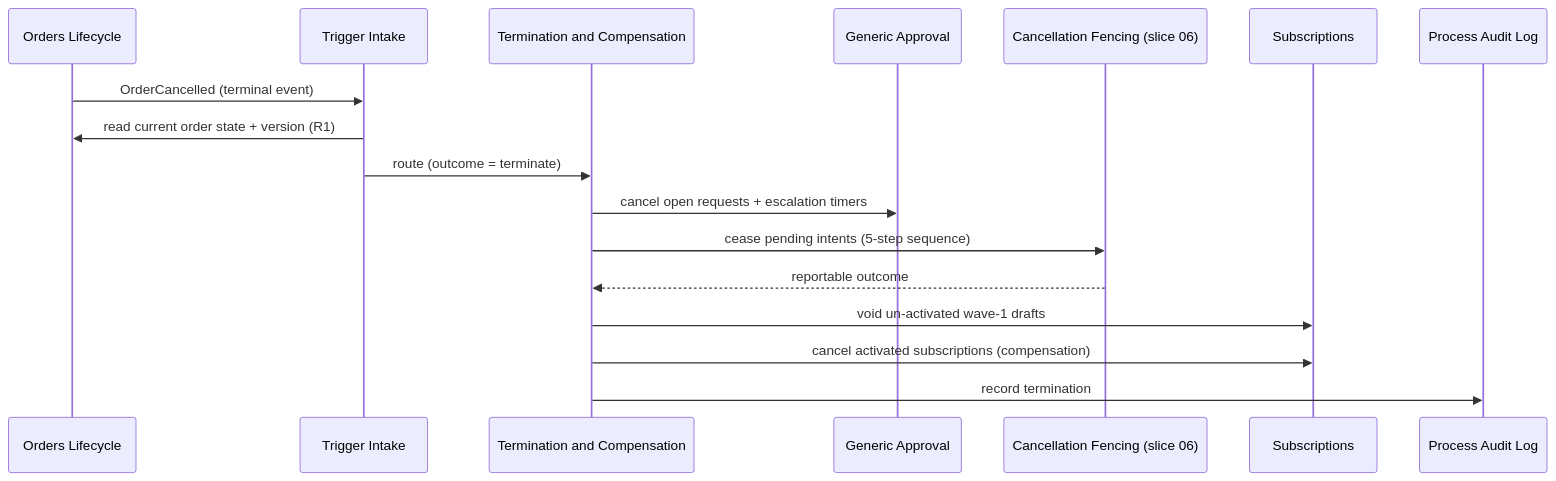
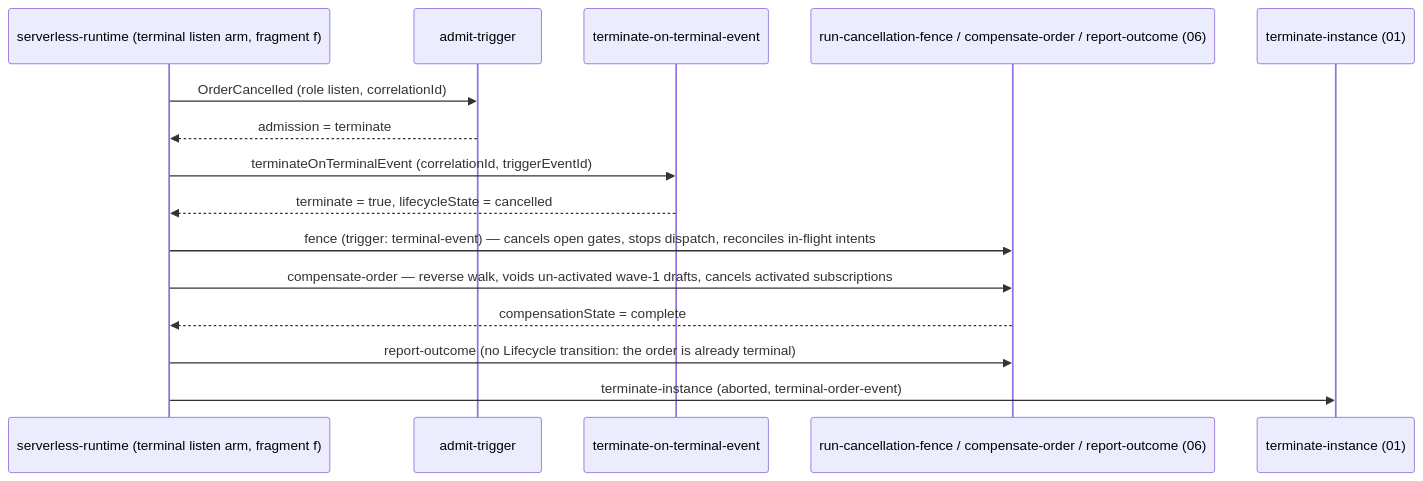
The fourth of 5 diagrams in gears/bss/orders-workflow/docs/design/02-triggers-and-start.md (constructorfabric/gears-rust), drawn with Mermaid before and after one commit. The commit also changed other lines of this file, not shown here.

Commit message:
docs(bss/orders-workflow): slice 02 provides step operations and a definition fragment (admit-trigger and terminate-on-terminal-event; intake transport to the platform event trigger; supersession as unwind-then-start)

````diff
--- a/gears/bss/orders-workflow/docs/design/02-triggers-and-start.md
+++ b/gears/bss/orders-workflow/docs/design/02-triggers-and-start.md
@@ -578,12 +694,17 @@
 ```mermaid
 sequenceDiagram
-    Orders Lifecycle ->> Trigger Intake: OrderCancelled (terminal event)
-    Trigger Intake ->> Orders Lifecycle: read current order state + version (R1)
-    Trigger Intake ->> Termination and Compensation: route (outcome = terminate)
-    Termination and Compensation ->> Generic Approval: cancel open requests + escalation timers
-    Termination and Compensation ->> Cancellation Fencing (slice 06): cease pending intents (5-step sequence)
-    Cancellation Fencing (slice 06) -->> Termination and Compensation: reportable outcome
-    Termination and Compensation ->> Subscriptions: void un-activated wave-1 drafts
-    Termination and Compensation ->> Subscriptions: cancel activated subscriptions (compensation)
-    Termination and Compensation ->> Process Audit Log: record termination
+    participant PL as serverless-runtime (terminal listen arm, fragment f)
+    participant AT as admit-trigger
+    participant TT as terminate-on-terminal-event
+    participant S6 as run-cancellation-fence / compensate-order / report-outcome (06)
+    participant TI as terminate-instance (01)
+    PL ->> AT: OrderCancelled (role listen, correlationId)
+    AT -->> PL: admission = terminate
+    PL ->> TT: terminateOnTerminalEvent (correlationId, triggerEventId)
+    TT -->> PL: terminate = true, lifecycleState = cancelled
+    PL ->> S6: fence (trigger: terminal-event) — cancels open gates, stops dispatch, reconciles in-flight intents
+    PL ->> S6: compensate-order — reverse walk, voids un-activated wave-1 drafts, cancels activated subscriptions
+    S6 -->> PL: compensationState = complete
+    PL ->> S6: report-outcome (no Lifecycle transition: the order is already terminal)
+    PL ->> TI: terminate-instance (aborted, terminal-order-event)
 ```
````
